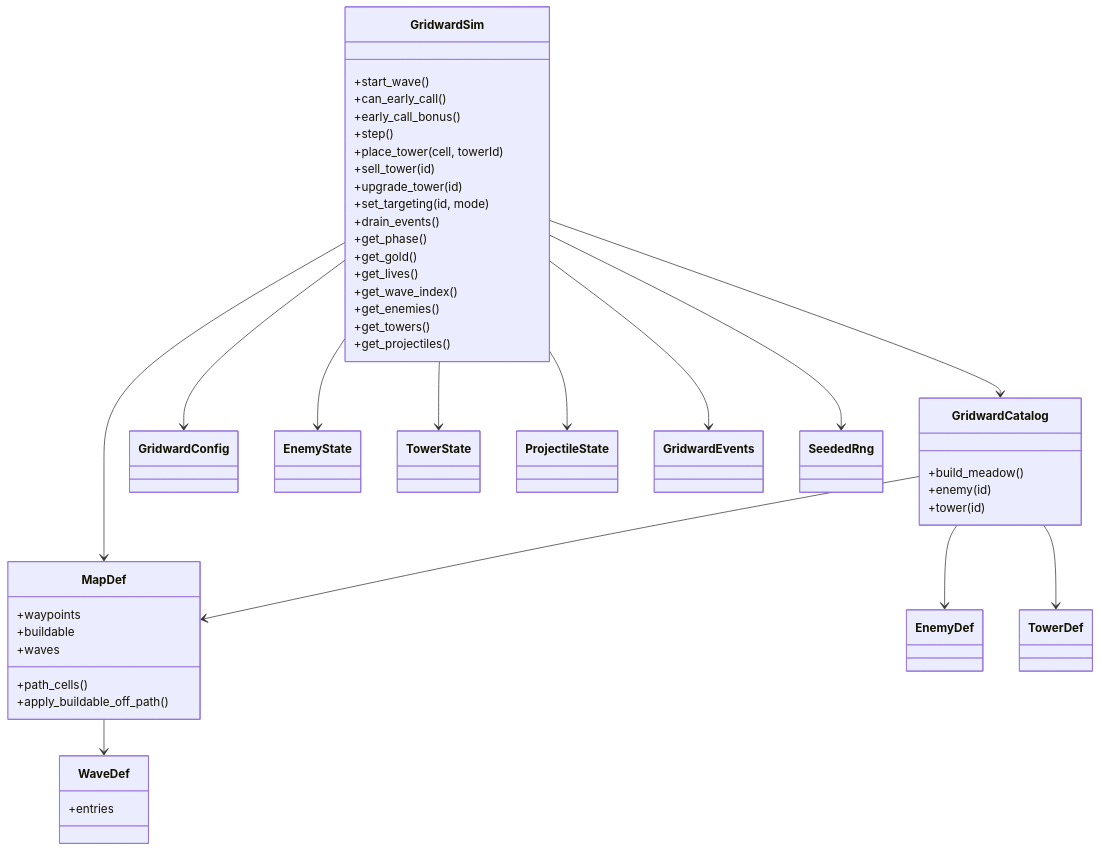
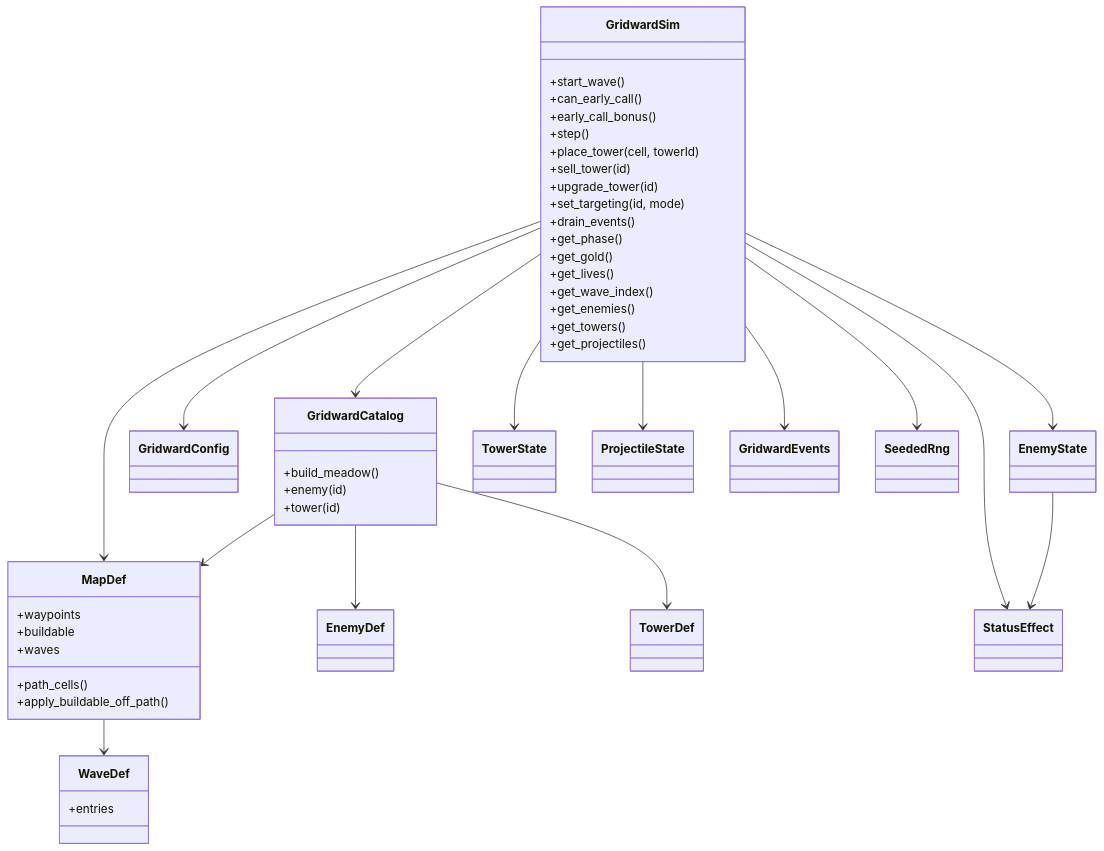
One commit to kblaszki/godot-game changed the first of 2 diagrams in games/gridward/docs/reference/sim.md. Above: the diagram before and after it, drawn with Mermaid. The commit also changed other lines of this file and 8 other files, not shown here.

First line of the commit message:
Add Gridward armor, anti-air, and status effect rules.

````diff
--- a/games/gridward/docs/reference/sim.md
+++ b/games/gridward/docs/reference/sim.md
@@ -40,56 +42,59 @@
 ```mermaid
 classDiagram
   class GridwardSim {
     +start_wave()
     +can_early_call()
     +early_call_bonus()
     +step()
     +place_tower(cell, towerId)
     +sell_tower(id)
     +upgrade_tower(id)
     +set_targeting(id, mode)
     +drain_events()
     +get_phase()
     +get_gold()
     +get_lives()
     +get_wave_index()
     +get_enemies()
     +get_towers()
     +get_projectiles()
   }
   class GridwardCatalog {
     +build_meadow()
     +enemy(id)
     +tower(id)
   }
   class MapDef {
     +waypoints
     +buildable
     +waves
     +path_cells()
     +apply_buildable_off_path()
   }
   class WaveDef {
     +entries
   }
   class EnemyDef
   class TowerDef
   class GridwardConfig
   class EnemyState
+  class StatusEffect
   class TowerState
   class ProjectileState
   class GridwardEvents
   class SeededRng
   GridwardSim --> MapDef
   GridwardSim --> GridwardCatalog
   GridwardSim --> GridwardConfig
   GridwardSim --> EnemyState
+  GridwardSim --> StatusEffect
+  EnemyState --> StatusEffect
   GridwardSim --> TowerState
   GridwardSim --> ProjectileState
   GridwardSim --> GridwardEvents
   GridwardSim --> SeededRng
   GridwardCatalog --> MapDef
   GridwardCatalog --> EnemyDef
   GridwardCatalog --> TowerDef
   MapDef --> WaveDef
 ```
````
